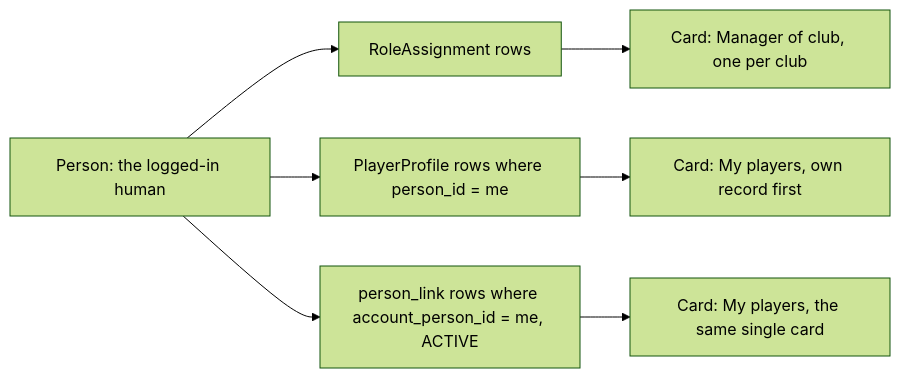
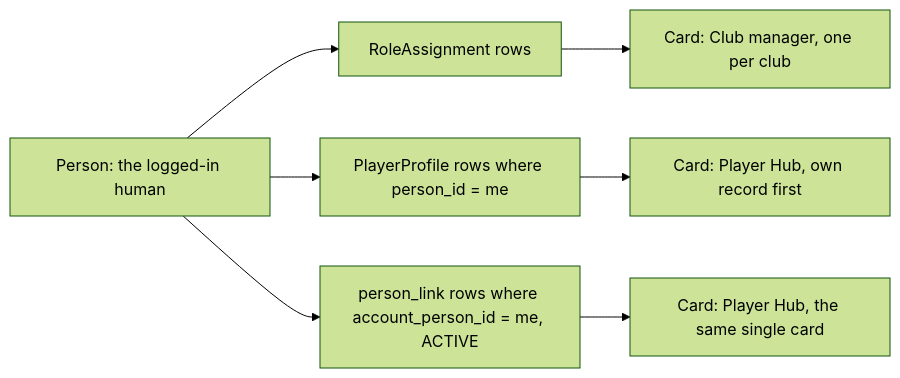
The second of 2 diagrams in docs/specs/119-login-account-journey.md (jakesvdw77/cricket-platform), drawn with Mermaid (forest theme) before and after one commit. The commit also changed other lines of this file and 176 other files, not shown here.

First line of the commit message:
feat(ui): compact buttons, Player Hub naming, cricket loader and status screens

````diff
--- a/docs/specs/119-login-account-journey.md
+++ b/docs/specs/119-login-account-journey.md
@@ -291,9 +291,9 @@
 ```mermaid
 flowchart LR
     P[Person: the logged-in human] --> RA[RoleAssignment rows]
     P --> PP[PlayerProfile rows where person_id = me]
     P --> PL[person_link rows where account_person_id = me, ACTIVE]
-    RA --> M[Card: Manager of club, one per club]
-    PP --> S[Card: My players, own record first]
-    PL --> G[Card: My players, the same single card]
+    RA --> M[Card: Club manager, one per club]
+    PP --> S[Card: Player Hub, own record first]
+    PL --> G[Card: Player Hub, the same single card]
 ```
````
